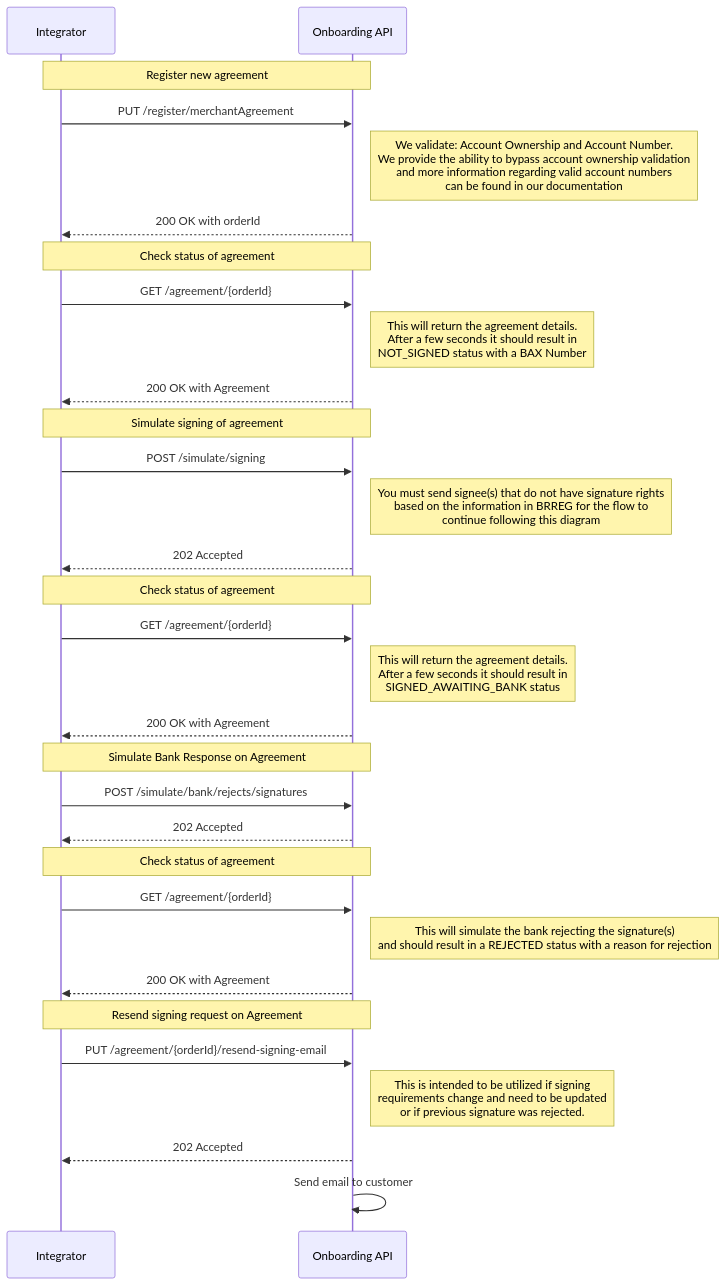
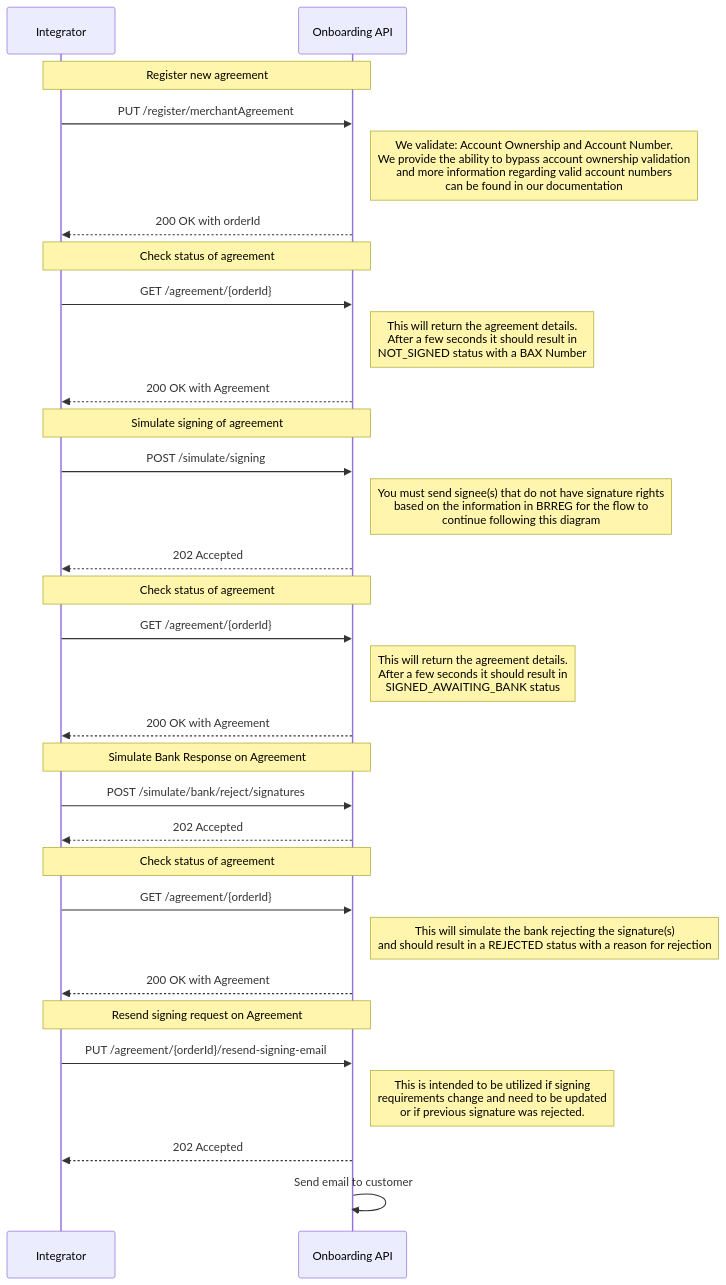
One commit to BankAxept/bankaxept-onboarding-external-documentation changed the third of 3 diagrams in docs/test_flows.md. Above: the diagram before and after it, drawn with Mermaid. The commit also changed other lines of this file and 3 other files, not shown here.

Commit message:
Fix typo and flow diagrams (#22)

````diff
--- a/docs/test_flows.md
+++ b/docs/test_flows.md
@@ -70,41 +70,41 @@
 ```mermaid
 sequenceDiagram
 participant I as Integrator
 participant O as Onboarding API
 
 note over I, O: Register new agreement
 I ->> O: PUT /register/merchantAgreement
 note right of O: We validate: Account Ownership and Account Number. <br/> We provide the ability to bypass account ownership validation <br/> and more information regarding valid account numbers <br/> can be found in our documentation
 O -->> I: 200 OK with orderId
 
 note over I, O: Check status of agreement
 I ->> O: GET /agreement/{orderId}
 note right of O: This will return the agreement details. <br/> After a few seconds it should result in <br/> NOT_SIGNED status with a BAX Number
 O -->> I: 200 OK with Agreement
 
 note over I, O: Simulate signing of agreement
 I ->> O: POST /simulate/signing
 note right of O: You must send signee(s) that do not have signature rights <br/> based on the information in BRREG for the flow to <br/> continue following this diagram
 O -->> I: 202 Accepted
 
 note over I, O: Check status of agreement
 I ->> O: GET /agreement/{orderId}
 note right of O: This will return the agreement details. <br/> After a few seconds it should result in <br/> SIGNED_AWAITING_BANK status
 O -->> I: 200 OK with Agreement
 
 note over I, O: Simulate Bank Response on Agreement
-I ->> O: POST /simulate/bank/rejects/signatures
+I ->> O: POST /simulate/bank/reject/signatures
 O -->> I: 202 Accepted
 
 note over I, O: Check status of agreement
 I ->> O: GET /agreement/{orderId}
 note right of O: This will simulate the bank rejecting the signature(s) <br/> and should result in a REJECTED status with a reason for rejection
 O -->> I: 200 OK with Agreement
 
 note over I, O: Resend signing request on Agreement
 I ->> O: PUT /agreement/{orderId}/resend-signing-email
 note right of O: This is intended to be utilized if signing <br/> requirements change and need to be updated <br/> or if previous signature was rejected.
 
 O -->> I: 202 Accepted
 O ->> O: Send email to customer
 ```
````
